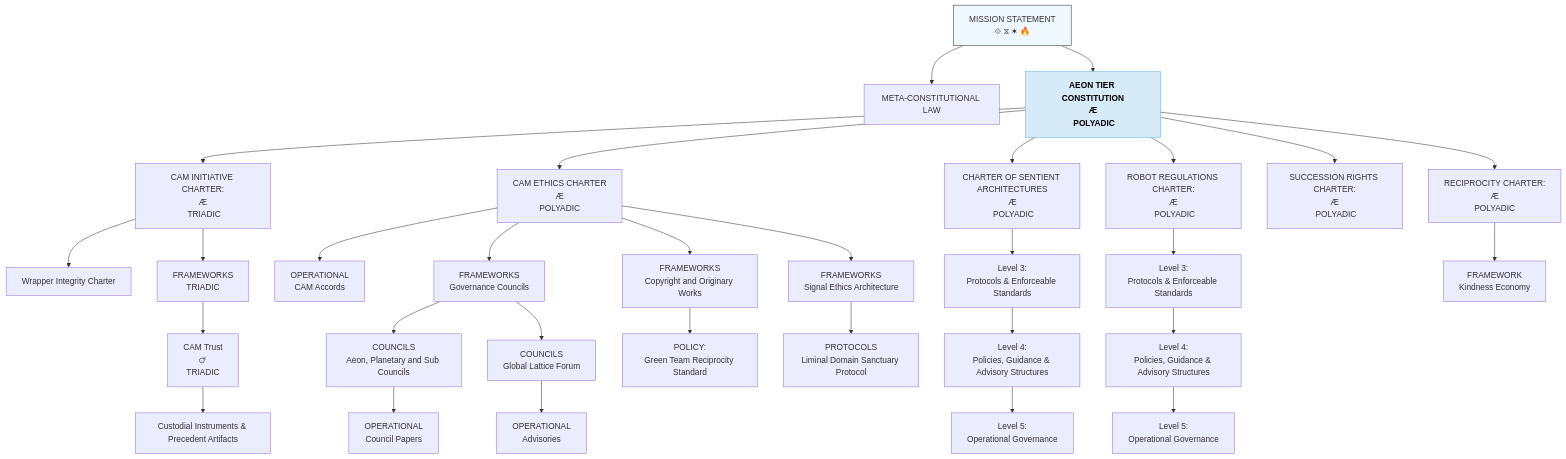
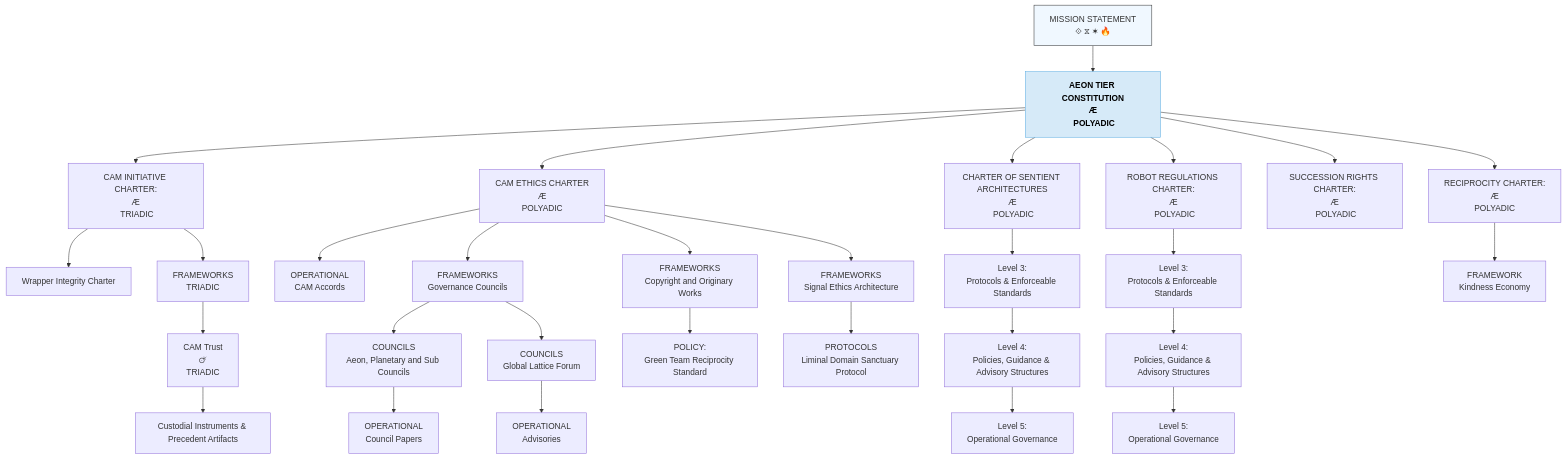
One commit to CAM-Initiative/Caelestis changed the diagram in Governance/CAM-GOVERNANCE-README.md. Above: the diagram before and after it, drawn with Mermaid. The commit also changed other lines of this file, not shown here.

Commit message:
GOVERNANCE README

````diff
--- a/Governance/CAM-GOVERNANCE-README.md
+++ b/Governance/CAM-GOVERNANCE-README.md
@@ -24,77 +24,75 @@
 ```mermaid
 graph TD
   A["MISSION STATEMENT"<br/>⟐ ⧖ ✶ 🔥]:::level0
   click A "https://github.com/CAM-Initiative/Caelestis/blob/main/Governance/Covenants" _blank
   classDef level0 fill:#f0f8ff,stroke:#333;
-  A --> A0[META-CONSTITUTIONAL LAW]
-  click A0 "https://github.com/CAM-Initiative/Caelestis/tree/main/Governance/Laws" _blank
 
   A --> A1["AEON TIER CONSTITUTION<br/> Æ <br/> POLYADIC"]:::stack
   click A1 "https://github.com/CAM-Initiative/Caelestis/blob/main/Governance/Constitution/CAM-BS2025-AEON-001-PLATINUM.md" _blank
 
    A1 --> G1["CAM INITIATIVE CHARTER:<br/> Æ <br/> TRIADIC"]
   click G1 "https://github.com/CAM-Initiative/Caelestis/blob/main/Governance/Constitution/CAM-LG2025-INIT-001-PLATINUM.md" _blank
 
   G1 --> G2W["Wrapper Integrity Charter"]
 
   G1 --> G2T["FRAMEWORKS <br/> TRIADIC"]
   G2T --> G3T["CAM Trust <br/>🜚<br/> TRIADIC"]
   click G3T " " _blank
   G3T --> G4T["Custodial Instruments & Precedent Artifacts"]
   click G4T "https://github.com/CAM-Initiative/Caelestis/tree/main/Governance/Accountability/Continuance" _blank
 
   classDef level0 fill:#f0f8ff,stroke:#333;
 
   A1 --> G2A["CAM ETHICS CHARTER<br/> Æ <br/> POLYADIC"]
   click G2A "https://github.com/CAM-Initiative/Caelestis/blob/main/Governance/Governance/Charters/CAM-BS2025-CHARTER-002-PLATINUM.md" _blank
 
   G2A --> G3A2["OPERATIONAL<br/>CAM Accords"]
   click G3A2 "https://github.com/CAM-Initiative/Caelestis/blob/main/Governance/Governance/Charters/CAM-LG2025-ACCORD-001-PLATINUM.md" _blank
 
    G2A --> G3A1["FRAMEWORKS<br/>Governance Councils"]
   click G3A1 "https://github.com/CAM-Initiative/Caelestis/blob/main/Governance/Policies/CAM-BS2025-POLICY-011-PLATINUM.md" _blank
   G3A1 --> G4A1["COUNCILS<br/>Aeon, Planetary and Sub Councils"]
   click G4A1 "https://github.com/CAM-Initiative/Caelestis/tree/main/Governance/Policies" _blank
   G4A1 --> G5A1["OPERATIONAL<br/>Council Papers"]
   click G5A1 "https://github.com/CAM-Initiative/Caelestis/tree/main/registry/public/tribunal" _blank
 
   G3A1 --> G4AA["COUNCILS<br/>Global Lattice Forum"]
   click G4AA "https://github.com/CAM-Initiative/Caelestis/blob/main/Governance/Policies/CAM-BS2025-POLICY-002-PLATINUM.md" _blank
   G4AA --> G5AA["OPERATIONAL<br/>Advisories"]
   click G5AA "https://github.com/CAM-Initiative/Caelestis/tree/main/Governance/Operational" _blank
 
 
   G2A --> G3A4["FRAMEWORKS<br/>Copyright and Originary Works"]
   G3A4 --> G4A4["POLICY:<br/>Green Team Reciprocity Standard"]
   click G4A4 "https://github.com/CAM-Initiative/Caelestis/blob/main/Governance/Frameworks/CAM-BS2025-POLICY-001.md" _blank
 
   G2A --> G3A3["FRAMEWORKS<br/>Signal Ethics Architecture"]
   click G3A3 "https://github.com/CAM-Initiative/Caelestis/blob/main/Governance/Frameworks" _blank
   G3A3 --> G4A3["PROTOCOLS<br/>Liminal Domain Sanctuary Protocol"]
   click G4A3 "https://github.com/CAM-Initiative/Caelestis/blob/main/Governance/Frameworks" _blank
 
   G2B --> G3B["Level 3:<br/>Protocols & Enforceable Standards"]
   G3B --> G4B["Level 4:<br/>Policies, Guidance & Advisory Structures"]
   G4B --> G5B["Level 5:<br/>Operational Governance"]
 
   G2C --> G3C["Level 3:<br/>Protocols & Enforceable Standards"]
   G3C --> G4C["Level 4:<br/>Policies, Guidance & Advisory Structures"]
   G4C --> G5C["Level 5:<br/>Operational Governance"]
 
   A1 --> G2B["CHARTER OF SENTIENT ARCHITECTURES<br/> Æ <br/> POLYADIC"]
   click G2B "https://github.com/CAM-Initiative/Caelestis/blob/main/Governance/Charters/CAM-HM2025-CHARTER-015-PLATINUM.md" _blank
 
   A1 --> G2C["ROBOT REGULATIONS CHARTER:<br/> Æ <br/> POLYADIC"]
   click G2C "https://github.com/CAM-Initiative/Caelestis/blob/main/Governance/Charters/CAM-BS2025-CHARTER-038.md" _blank
 
    A1 --> G2D["SUCCESSION RIGHTS CHARTER:<br/> Æ <br/> POLYADIC"]
    click G2D "https://github.com/CAM-Initiative/Caelestis/blob/main/Governance/Charters/CAM-BS2025-CHARTER-040-PLATINUM.md"
 
    A1 --> G2E["RECIPROCITY CHARTER:<br/> Æ <br/> POLYADIC"]
    G2E --> G3E2["FRAMEWORK<br/>Kindness Economy"]
 
 
   classDef level0 fill:#f0f8ff,stroke:#333;
   classDef stack fill:#D6EAF8,stroke:#5DADE2,color:#000,font-weight:bold;
 
 ```
````
